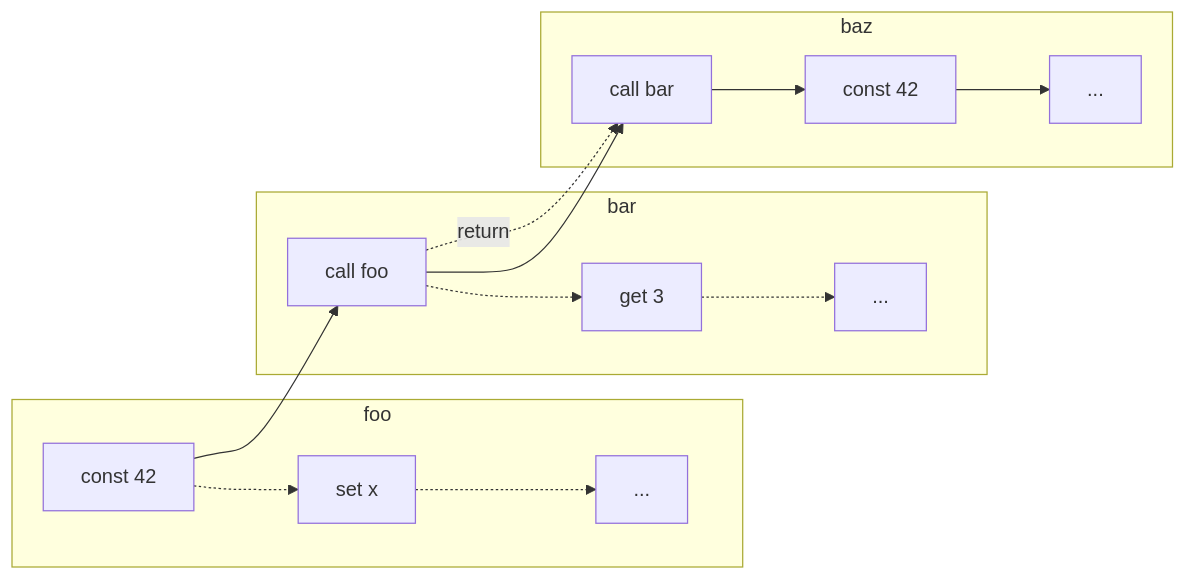
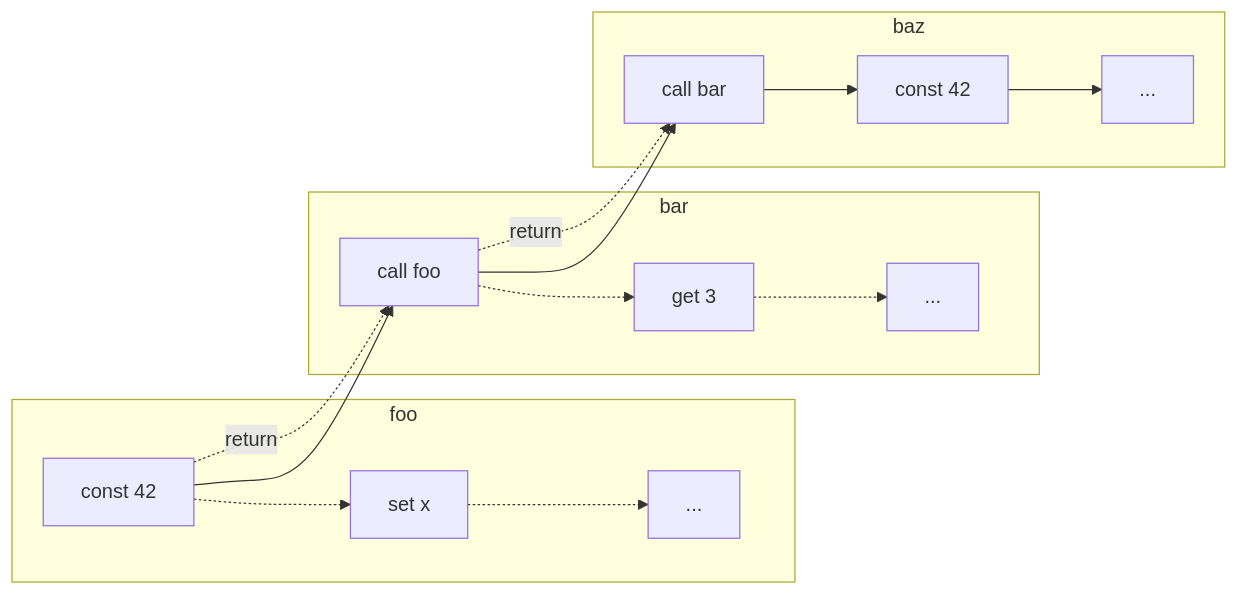
The diagram in slides/stak/unicode/backtrace.mmd (raviqqe/doc), drawn with Mermaid before and after one commit.

```diff
--- a/slides/stak/unicode/backtrace.mmd
+++ b/slides/stak/unicode/backtrace.mmd
@@ -1,15 +1,16 @@
 flowchart LR
   subgraph s0[foo]
     a0[const 42] -.-> a1[set x] -.-> a2[...]
   end
 
   subgraph s1[bar]
     b0[call foo] -.-> b1[get 3] -.-> b2[...]
     a0 --> b0
+    a0 -.->|return| b0
   end
 
   subgraph s2[baz]
     c0[call bar] --> c1[const 42] --> c2[...]
     b0 --> c0
     b0 -.->|return| c0
   end
```
